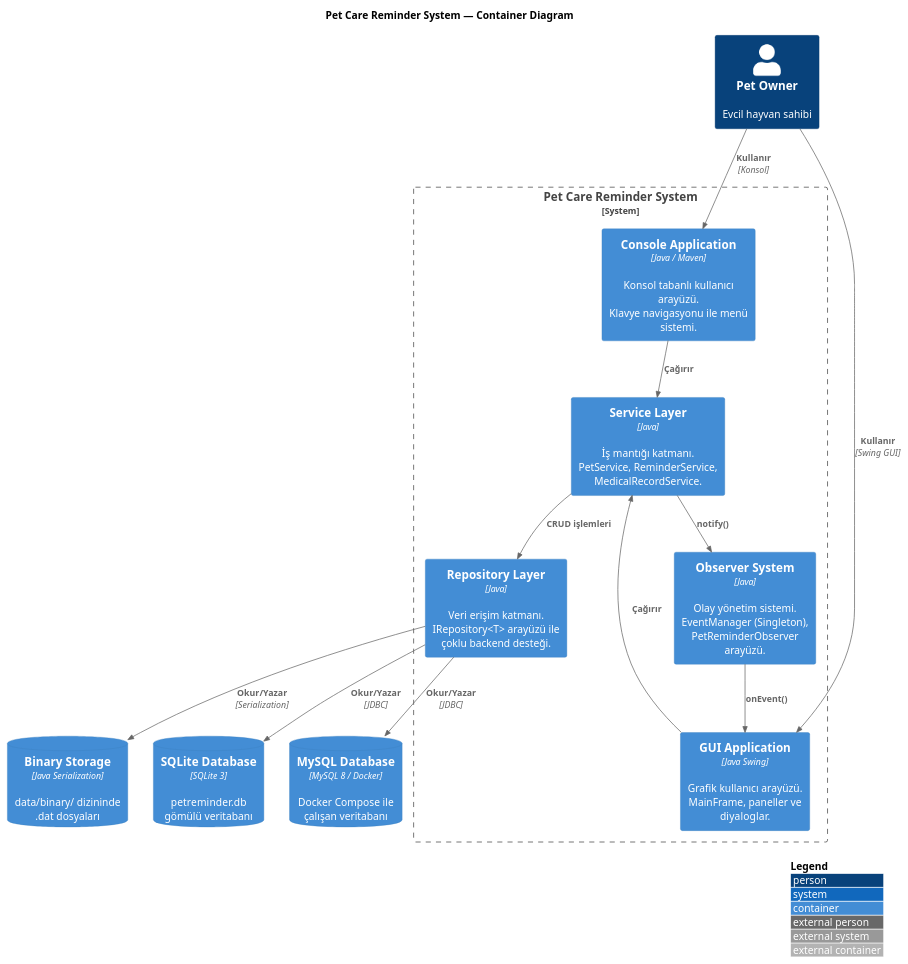
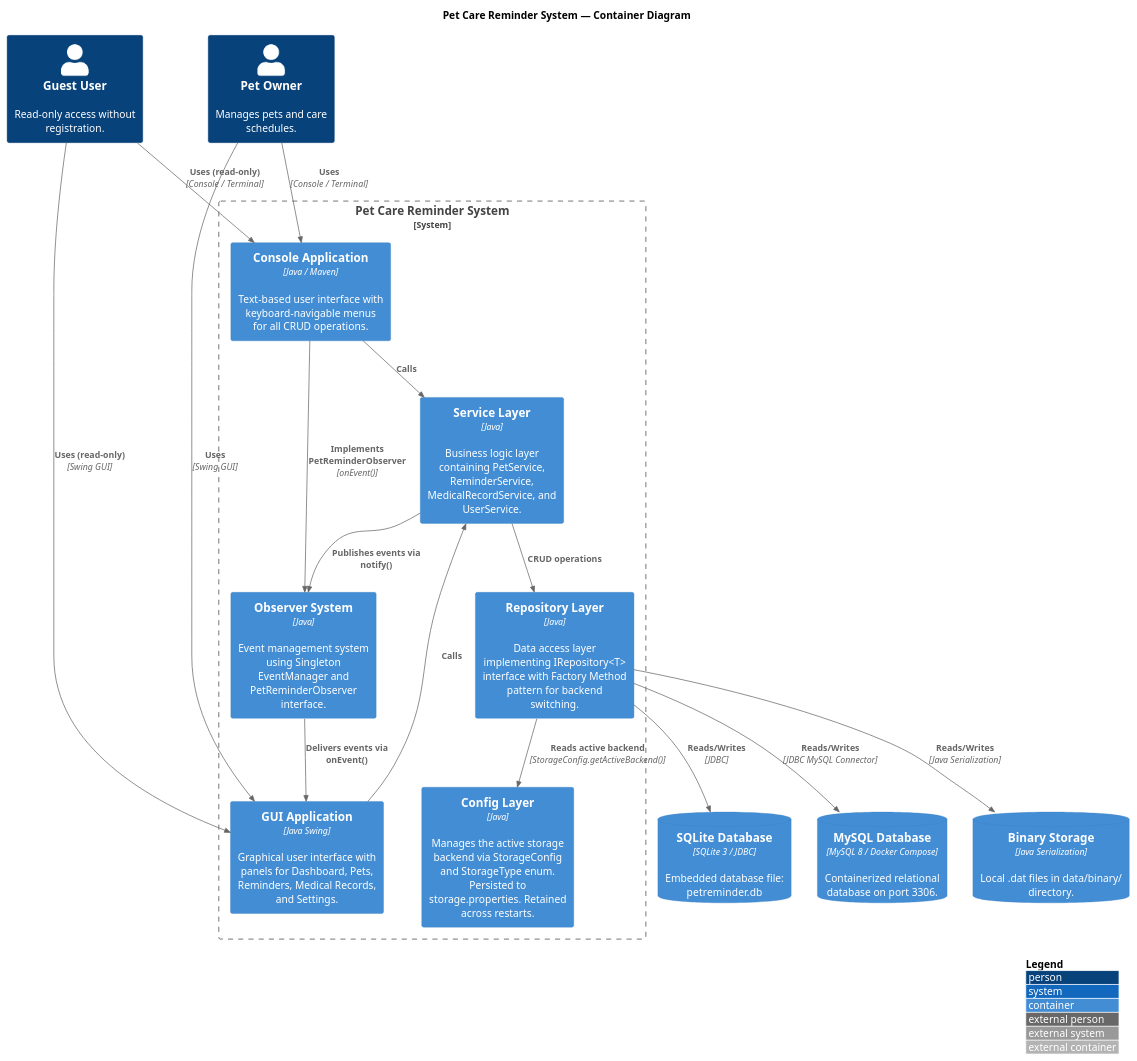
Before and after one commit to SecureCypher/cen-206-38-mehdi-karagulle-java: the diagram in design/c4/c4-container.puml, drawn with PlantUML. The commit also changed 5 other files, not shown here.

Commit message:
docs(design): sync remaining C4 diagrams and design assets

```diff
--- a/design/c4/c4-container.puml
+++ b/design/c4/c4-container.puml
@@ -1,37 +1,45 @@
 @startuml C4_Container
 !include https://raw.githubusercontent.com/plantuml-stdlib/C4-PlantUML/master/C4_Container.puml
 
 LAYOUT_WITH_LEGEND()
 
 title Pet Care Reminder System — Container Diagram
 
-Person(user, "Pet Owner", "Evcil hayvan sahibi")
+Person(user, "Pet Owner", "Manages pets and care schedules.")
+Person(guest, "Guest User", "Read-only access without registration.")
 
 System_Boundary(petreminder, "Pet Care Reminder System") {
-    Container(consoleApp, "Console Application", "Java / Maven", "Konsol tabanlı kullanıcı arayüzü.\nKlavye navigasyonu ile menü sistemi.")
-    Container(guiApp, "GUI Application", "Java Swing", "Grafik kullanıcı arayüzü.\nMainFrame, paneller ve diyaloglar.")
-    Container(serviceLayer, "Service Layer", "Java", "İş mantığı katmanı.\nPetService, ReminderService,\nMedicalRecordService.")
-    Container(repoLayer, "Repository Layer", "Java", "Veri erişim katmanı.\nIRepository<T> arayüzü ile\nçoklu backend desteği.")
-    Container(observerSys, "Observer System", "Java", "Olay yönetim sistemi.\nEventManager (Singleton),\nPetReminderObserver arayüzü.")
+    Container(consoleApp, "Console Application", "Java / Maven", "Text-based user interface with keyboard-navigable menus for all CRUD operations.")
+    Container(guiApp, "GUI Application", "Java Swing", "Graphical user interface with panels for Dashboard, Pets, Reminders, Medical Records, and Settings.")
+    Container(serviceLayer, "Service Layer", "Java", "Business logic layer containing PetService, ReminderService, MedicalRecordService, and UserService.")
+    Container(repoLayer, "Repository Layer", "Java", "Data access layer implementing IRepository<T> interface with Factory Method pattern for backend switching.")
+    Container(observerSys, "Observer System", "Java", "Event management system using Singleton EventManager and PetReminderObserver interface.")
+    Container(configLayer, "Config Layer", "Java", "Manages the active storage backend via StorageConfig and StorageType enum. Persisted to storage.properties. Retained across restarts.")
 }
 
-ContainerDb(binaryStore, "Binary Storage", "Java Serialization", "data/binary/ dizininde\n.dat dosyaları")
-ContainerDb(sqliteDb, "SQLite Database", "SQLite 3", "petreminder.db\ngömülü veritabanı")
-ContainerDb(mysqlDb, "MySQL Database", "MySQL 8 / Docker", "Docker Compose ile\nçalışan veritabanı")
+ContainerDb(binaryStore, "Binary Storage", "Java Serialization", "Local .dat files in data/binary/ directory.")
+ContainerDb(sqliteDb, "SQLite Database", "SQLite 3 / JDBC", "Embedded database file: petreminder.db")
+ContainerDb(mysqlDb, "MySQL Database", "MySQL 8 / Docker Compose", "Containerized relational database on port 3306.")
 
-Rel(user, consoleApp, "Kullanır", "Konsol")
-Rel(user, guiApp, "Kullanır", "Swing GUI")
+Rel(user, consoleApp, "Uses", "Console / Terminal")
+Rel(user, guiApp, "Uses", "Swing GUI")
+Rel(guest, consoleApp, "Uses (read-only)", "Console / Terminal")
+Rel(guest, guiApp, "Uses (read-only)", "Swing GUI")
 
-Rel(consoleApp, serviceLayer, "Çağırır")
-Rel(guiApp, serviceLayer, "Çağırır")
+Rel(consoleApp, serviceLayer, "Calls")
+Rel(guiApp, serviceLayer, "Calls")
 
-Rel(serviceLayer, repoLayer, "CRUD işlemleri")
-Rel(serviceLayer, observerSys, "notify()")
+Rel(consoleApp, observerSys, "Implements PetReminderObserver", "onEvent()")
 
-Rel(observerSys, guiApp, "onEvent()")
+Rel(serviceLayer, repoLayer, "CRUD operations")
+Rel(serviceLayer, observerSys, "Publishes events via notify()")
 
-Rel(repoLayer, binaryStore, "Okur/Yazar", "Serialization")
-Rel(repoLayer, sqliteDb, "Okur/Yazar", "JDBC")
-Rel(repoLayer, mysqlDb, "Okur/Yazar", "JDBC")
+Rel(observerSys, guiApp, "Delivers events via onEvent()")
+
+Rel(repoLayer, configLayer, "Reads active backend", "StorageConfig.getActiveBackend()")
+
+Rel(repoLayer, binaryStore, "Reads/Writes", "Java Serialization")
+Rel(repoLayer, sqliteDb, "Reads/Writes", "JDBC")
+Rel(repoLayer, mysqlDb, "Reads/Writes", "JDBC MySQL Connector")
 
 @enduml
```
